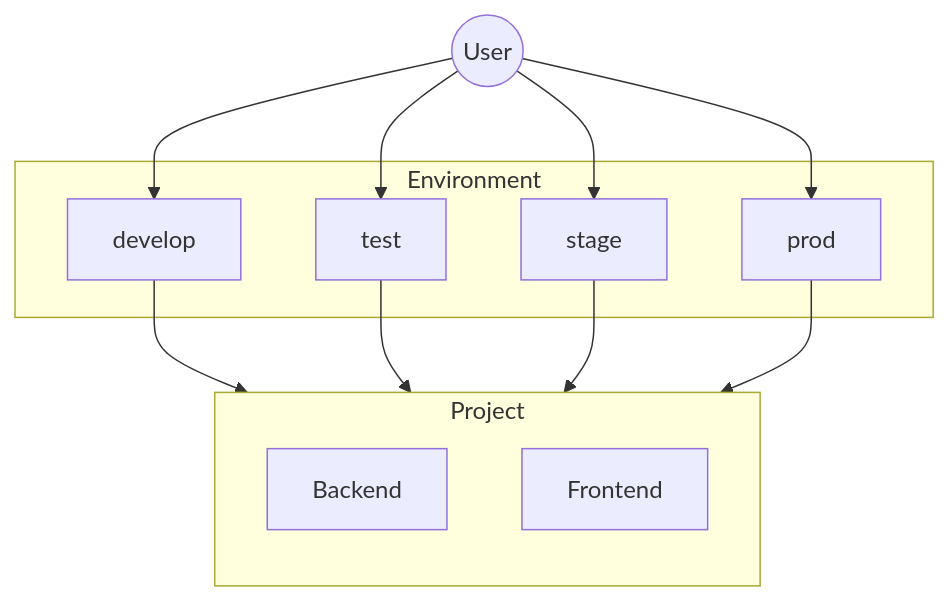
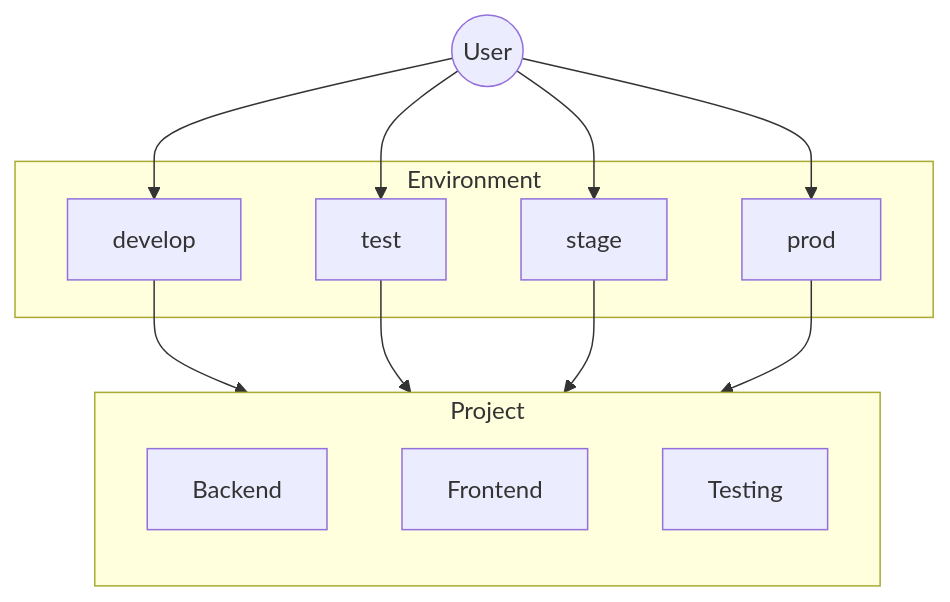
One commit to OfficialApurvChatur/POC01 changed the fourth of 5 diagrams in Readme.md. Above: the diagram before and after it, drawn with Mermaid. The commit also changed 8 other files, not shown here.

````diff
--- a/Readme.md
+++ b/Readme.md
@@ -68,24 +68,25 @@
 ```mermaid
   flowchart
     User(("User"))
     subgraph Environment
       develop["develop"]
       test["test"]
       stage["stage"]
       prod["prod"]
     end
     subgraph Project
       direction TB
       Backend["Backend"]
       Frontend["Frontend"]
+      Testing["Testing"]
     end
 
     User --> develop
       develop --> Project
     User --> test
       test --> Project
     User --> stage
       stage --> Project
     User --> prod
       prod --> Project
 ```
````
